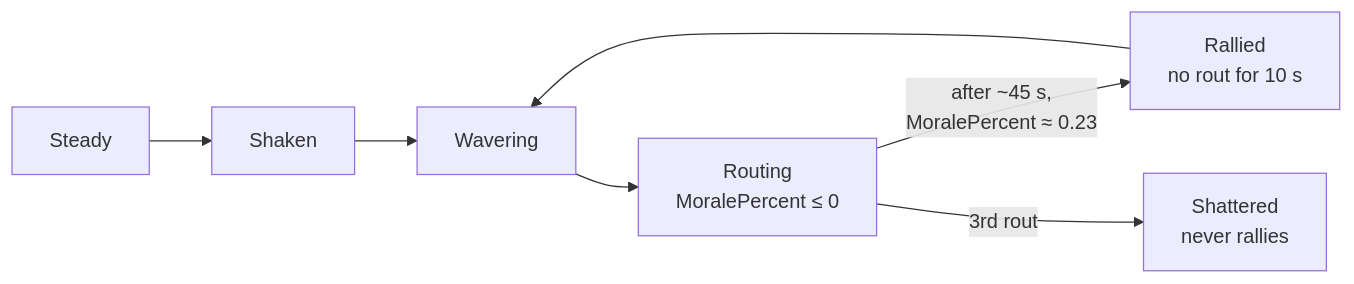
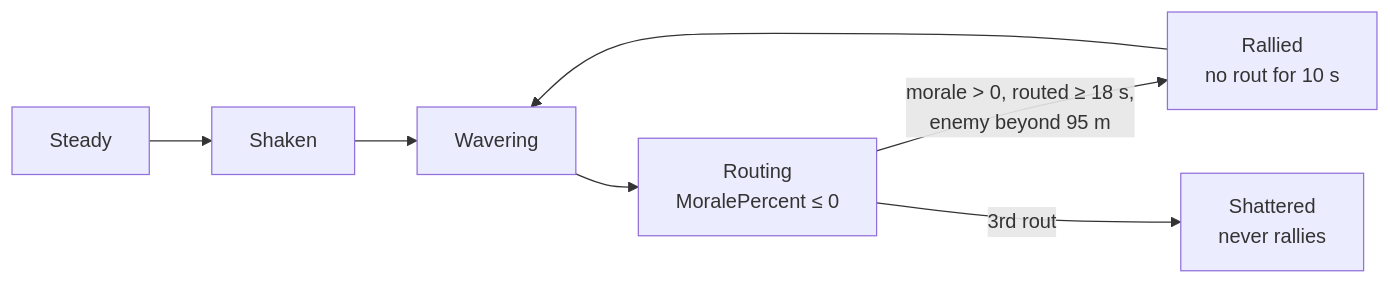
Before and after one commit to DimaZero7/TWW3-batle-ai: the diagram in docs/en/game/units/morale.md, drawn with Mermaid. The commit also changed other lines of this file and 22 other files, not shown here.

````diff
--- a/docs/en/game/units/morale.md
+++ b/docs/en/game/units/morale.md
@@ -26,9 +26,9 @@
 ```mermaid
 flowchart LR
   steady["Steady"] --> shaken["Shaken"]
   shaken --> wavering["Wavering"]
   wavering --> broken["Routing<br/>MoralePercent ≤ 0"]
-  broken -- "after ~45 s,<br/>MoralePercent ≈ 0.23" --> rallied["Rallied<br/>no rout for 10 s"]
+  broken -- "morale > 0, routed ≥ 18 s,<br/>enemy beyond 95 m" --> rallied["Rallied<br/>no rout for 10 s"]
   rallied --> wavering
   broken -- "3rd rout" --> shattered["Shattered<br/>never rallies"]
 ```
````
